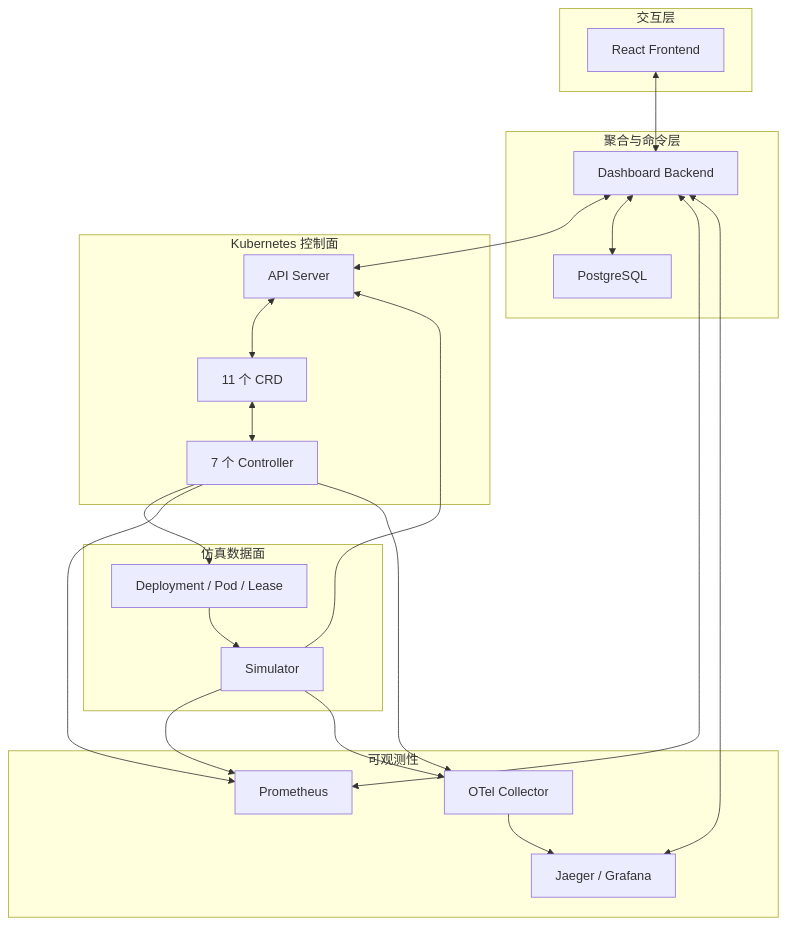
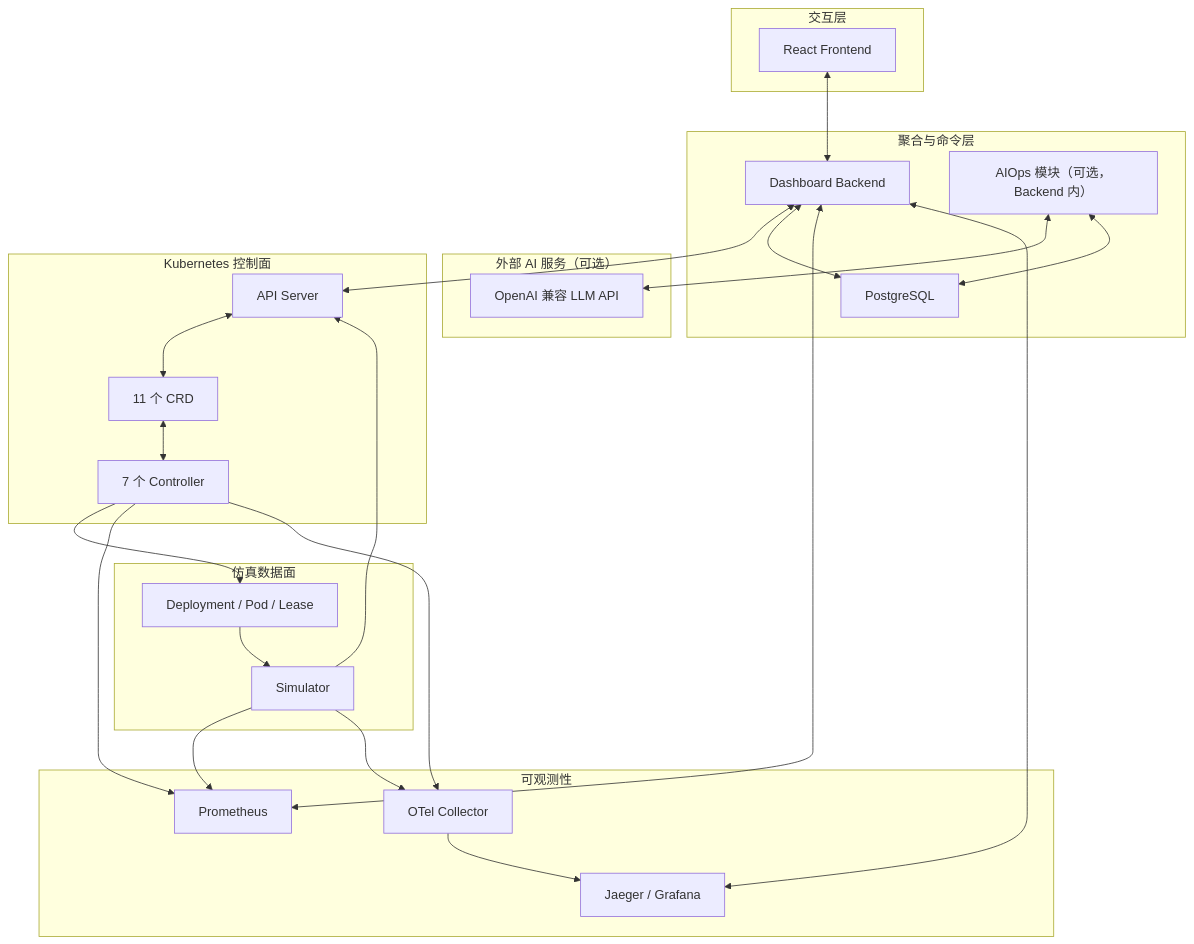
The first of 4 diagrams in docs/overview/ARCHITECTURE_OVERVIEW.md (3900563672/hello-k8s-ai), drawn with Mermaid before and after one commit. The commit also changed other lines of this file and 20 other files, not shown here.

````diff
--- a/docs/overview/ARCHITECTURE_OVERVIEW.md
+++ b/docs/overview/ARCHITECTURE_OVERVIEW.md
@@ -7,39 +7,45 @@
 ```mermaid
 flowchart TB
   subgraph UX["交互层"]
     F["React Frontend"]
   end
   subgraph AP["聚合与命令层"]
     B["Dashboard Backend"]
+    AI["AIOps 模块（可选，Backend 内）"]
     DB["PostgreSQL"]
+  end
+  subgraph AIX["外部 AI 服务（可选）"]
+    LLM["OpenAI 兼容 LLM API"]
   end
   subgraph CP["Kubernetes 控制面"]
     K["API Server"]
     R["11 个 CRD"]
     C["7 个 Controller"]
   end
   subgraph DP["仿真数据面"]
     DEP["Deployment / Pod / Lease"]
     S["Simulator"]
   end
   subgraph OBS["可观测性"]
     P["Prometheus"]
     O["OTel Collector"]
     J["Jaeger / Grafana"]
   end
   F <--> B
   B <--> K
   B <--> DB
+  AI <--> LLM
+  AI <--> DB
   K <--> R
   R <--> C
   C --> DEP
   DEP --> S
   S --> K
   C --> P
   S --> P
   C --> O
   S --> O
   O --> J
   B <--> P
   B <--> J
 ```
````
